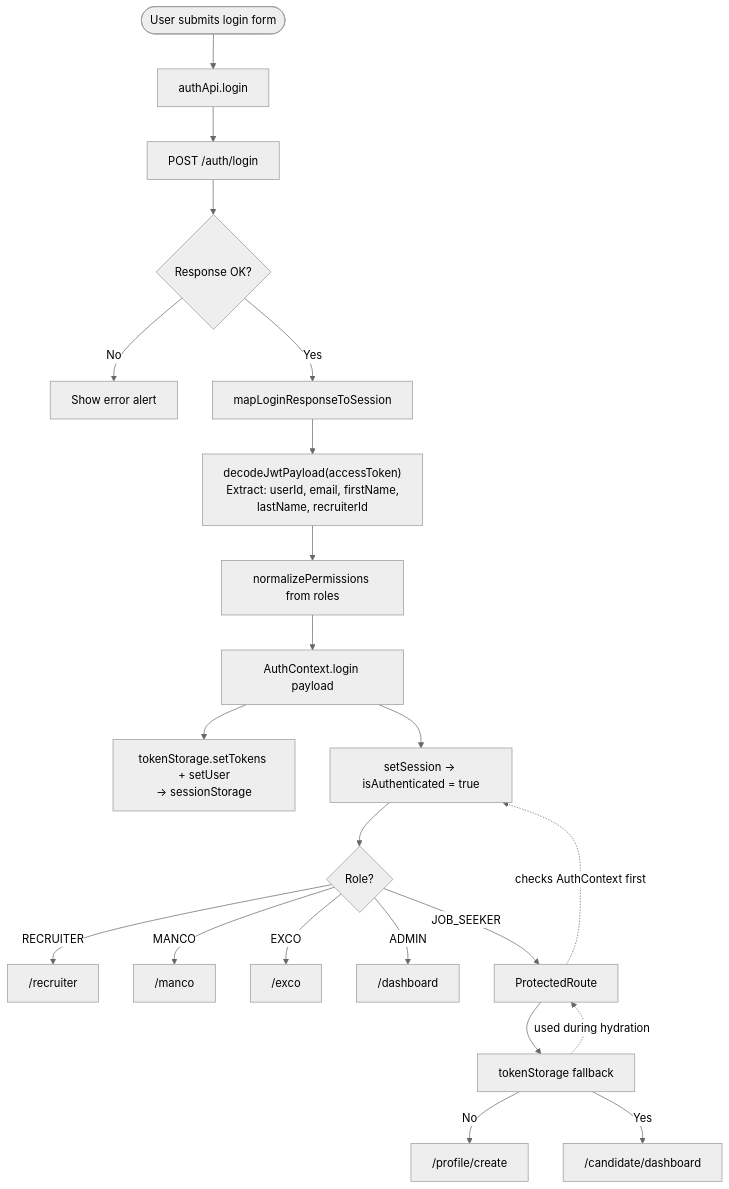
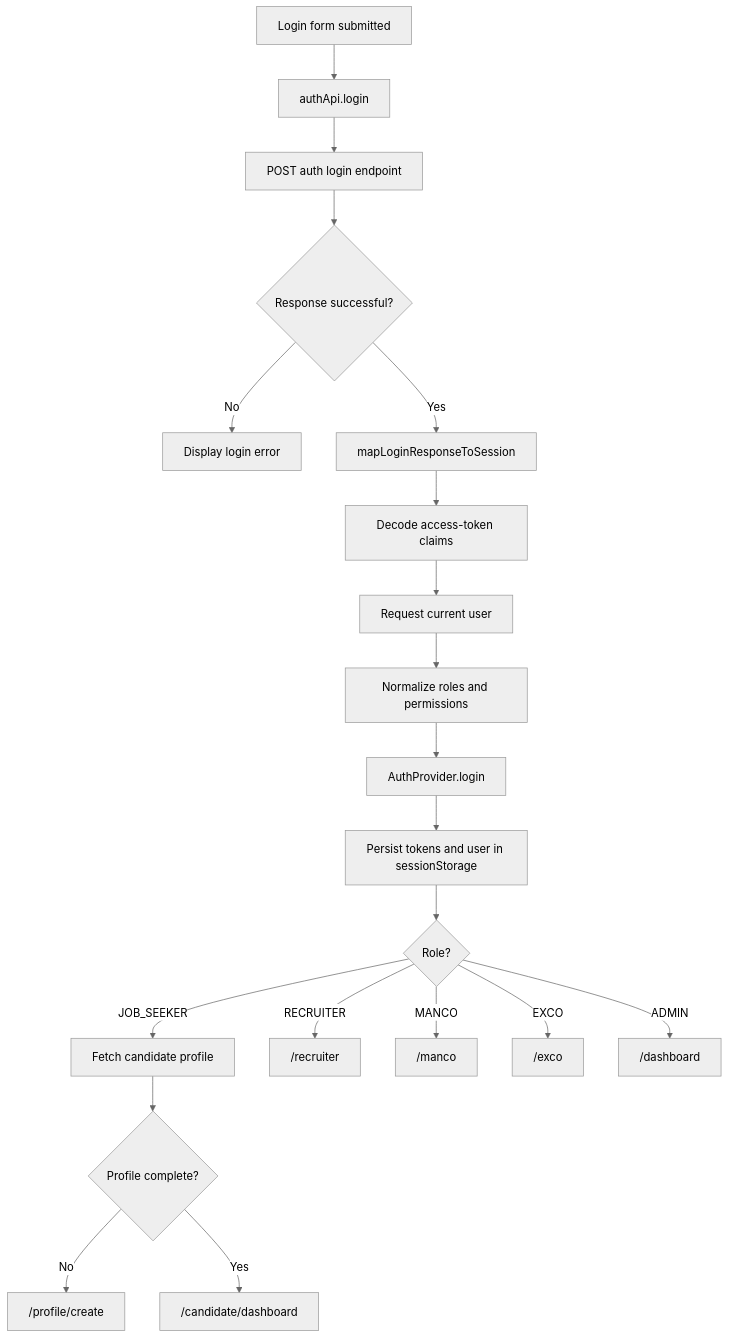
One commit to PiyalChatterjee/skills-mine-frontend changed the eighth of 9 diagrams in ARCHITECTURE.md. Above: the diagram before and after it, drawn with Mermaid (neutral theme). The commit also changed other lines of this file and 1 other file, not shown here.

````diff
--- a/ARCHITECTURE.md
+++ b/ARCHITECTURE.md
@@ -505,25 +426,22 @@
 ```mermaid
 flowchart TD
-    A([User submits login form]) --> B[authApi.login]
-    B --> C[POST /auth/login]
-    C --> D{Response OK?}
-    D -- No --> E[Show error alert]
-    D -- Yes --> F[mapLoginResponseToSession]
-    F --> G["decodeJwtPayload(accessToken)\nExtract: userId, email, firstName,\nlastName, recruiterId"]
-    G --> H[normalizePermissions from roles]
-    H --> I[AuthContext.login payload]
-    I --> J[tokenStorage.setTokens + setUser\n→ sessionStorage]
-    I --> K[setSession → isAuthenticated = true]
-    K --> L{Role?}
-    L -- RECRUITER --> P["/recruiter"]
-    L -- MANCO --> Q["/manco"]
-    L -- EXCO --> R["/exco"]
-    L -- ADMIN --> S["/dashboard"]
-    L -- JOB_SEEKER --> T[candidateApi.getById]
-    T --> U{Profile complete?}
-    U -- No --> M["/profile/create"]
-    U -- Yes --> O["/candidate/dashboard"]
-
-    T[ProtectedRoute] -. checks AuthContext first .-> K
-    U[tokenStorage fallback] -. used during hydration .-> T
+  submit[Login form submitted] --> login[authApi.login]
+  login --> request[POST auth login endpoint]
+  request --> result{Response successful?}
+  result -- No --> error[Display login error]
+  result -- Yes --> map[mapLoginResponseToSession]
+  map --> jwt[Decode access-token claims]
+  jwt --> current[Request current user]
+  current --> permissions[Normalize roles and permissions]
+  permissions --> context[AuthProvider.login]
+  context --> storage[Persist tokens and user in sessionStorage]
+  storage --> role{Role?}
+  role -- JOB_SEEKER --> profile[Fetch candidate profile]
+  profile --> complete{Profile complete?}
+  complete -- No --> create["/profile/create"]
+  complete -- Yes --> candidate["/candidate/dashboard"]
+  role -- RECRUITER --> recruiter["/recruiter"]
+  role -- MANCO --> manco["/manco"]
+  role -- EXCO --> exco["/exco"]
+  role -- ADMIN --> admin["/dashboard"]
 ```
````
